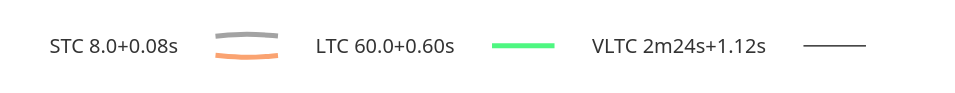
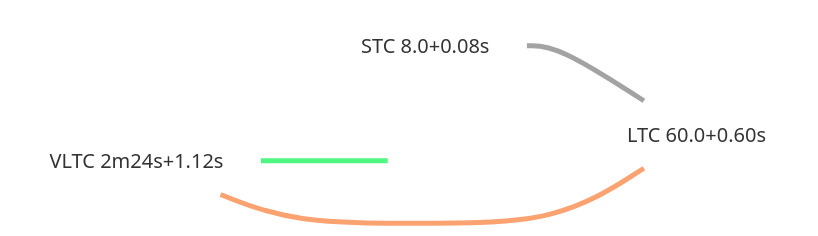
The second of 3 diagrams in engines/Kreveta.md (computer-chess-index/cci), drawn with Mermaid before and after one commit. The commit also changed other lines of this file, not shown here.

Commit message:
Update CCI Ratings (ELO VLTC) - 2026-05-17

````diff
--- a/engines/Kreveta.md
+++ b/engines/Kreveta.md
@@ -54,15 +54,16 @@
 ```mermaid
 %%{init: {"theme":"base"}}%%
 flowchart LR
-A[STC 8.0+0.08s] --- B[LTC 60.0+0.60s]
-A[STC 8.0+0.08s] --- B[LTC 60.0+0.60s]
+C[ ] --- A[STC 8.0+0.08s]
+A --- B[LTC 60.0+0.60s]
 B --- C[VLTC 2m24s+1.12s]
 C --- D[ ]
-linkStyle 0 stroke:#a3a3a3,stroke-width:4px
-linkStyle 1 stroke:#faa371,stroke-width:4px
-linkStyle 2 stroke:#4ef781,stroke-width:4px
+linkStyle 0 stroke:#a3a3a3,stroke-width:0px
+linkStyle 1 stroke:#a3a3a3,stroke-width:4px
+linkStyle 2 stroke:#faa371,stroke-width:4px
+linkStyle 3 stroke:#4ef781,stroke-width:4px
 style A fill:none,stroke:none
 style B fill:none,stroke:none
 style C fill:none,stroke:none
 style D fill:none,stroke:none
 ```
````
